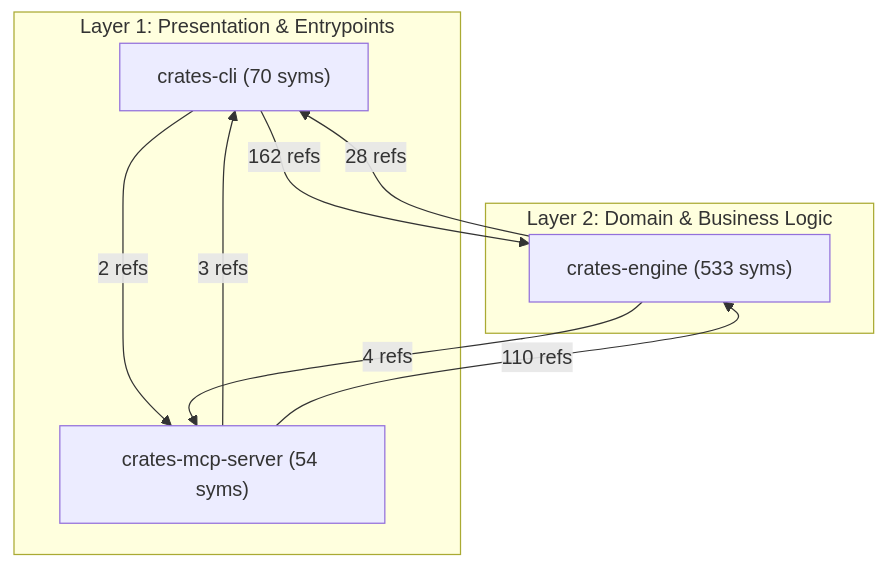
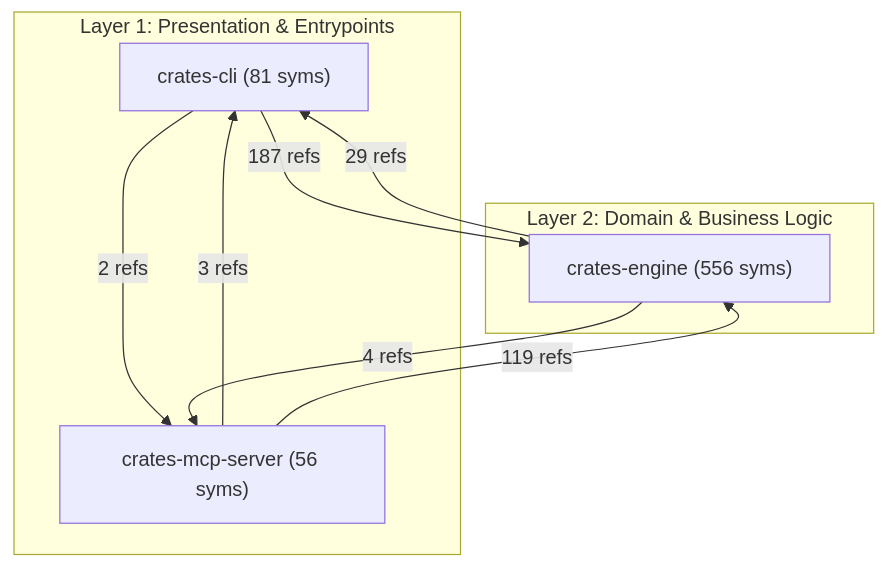
The diagram in docs/ARCHITECTURE.md (MatinBodaghi/repotrim), drawn with Mermaid before and after one commit. The commit also changed other lines of this file and 10 other files, not shown here.

First line of the commit message:
feat: Expose benchmark evaluation in CLI and MCP

````diff
--- a/docs/ARCHITECTURE.md
+++ b/docs/ARCHITECTURE.md
@@ -21,18 +21,18 @@
 ```mermaid
 flowchart TD
     subgraph Presentation["Layer 1: Presentation & Entrypoints"]
-        subsys_crates_cli["crates-cli (70 syms)"]
-        subsys_crates_mcp_server["crates-mcp-server (54 syms)"]
+        subsys_crates_cli["crates-cli (81 syms)"]
+        subsys_crates_mcp_server["crates-mcp-server (56 syms)"]
     end
 
     subgraph Domain["Layer 2: Domain & Business Logic"]
-        subsys_crates_engine["crates-engine (533 syms)"]
+        subsys_crates_engine["crates-engine (556 syms)"]
     end
 
-    subsys_crates_cli -->|"162 refs"| subsys_crates_engine
+    subsys_crates_cli -->|"187 refs"| subsys_crates_engine
     subsys_crates_cli -->|"2 refs"| subsys_crates_mcp_server
     subsys_crates_mcp_server -->|"3 refs"| subsys_crates_cli
-    subsys_crates_mcp_server -->|"110 refs"| subsys_crates_engine
-    subsys_crates_engine -->|"28 refs"| subsys_crates_cli
+    subsys_crates_mcp_server -->|"119 refs"| subsys_crates_engine
+    subsys_crates_engine -->|"29 refs"| subsys_crates_cli
     subsys_crates_engine -->|"4 refs"| subsys_crates_mcp_server
 ```
````
